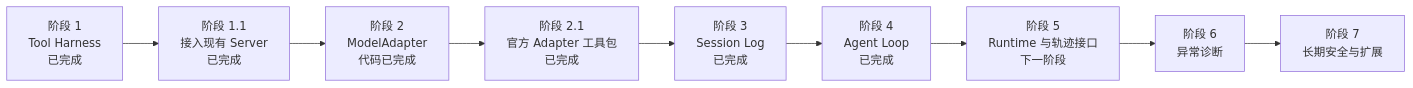
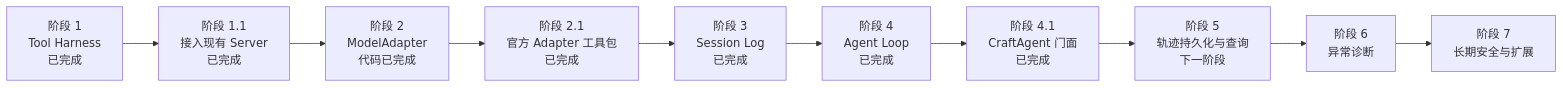
The diagram in docs/product/roadmap.md (AlbertE1990/crafteHarness), drawn with Mermaid before and after one commit. The commit also changed other lines of this file and 98 other files, not shown here.

Commit message:
Introduce CraftAgent facade

````diff
--- a/docs/product/roadmap.md
+++ b/docs/product/roadmap.md
@@ -16,11 +16,12 @@
 ```mermaid
 flowchart LR
   P1[阶段 1<br/>Tool Harness<br/>已完成] --> P11[阶段 1.1<br/>接入现有 Server<br/>已完成]
   P11 --> P2[阶段 2<br/>ModelAdapter<br/>代码已完成]
   P2 --> P21[阶段 2.1<br/>官方 Adapter 工具包<br/>已完成]
   P21 --> P3[阶段 3<br/>Session Log<br/>已完成]
   P3 --> P4[阶段 4<br/>Agent Loop<br/>已完成]
-  P4 --> P5[阶段 5<br/>Runtime 与轨迹接口<br/>下一阶段]
+  P4 --> P41[阶段 4.1<br/>CraftAgent 门面<br/>已完成]
+  P41 --> P5[阶段 5<br/>轨迹持久化与查询<br/>下一阶段]
   P5 --> P6[阶段 6<br/>异常诊断]
   P6 --> P7[阶段 7<br/>长期安全与扩展]
 ```
````
